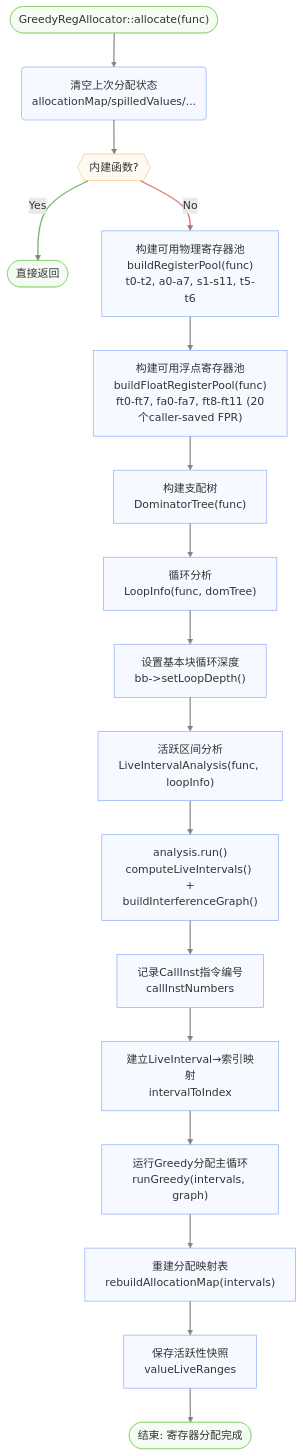
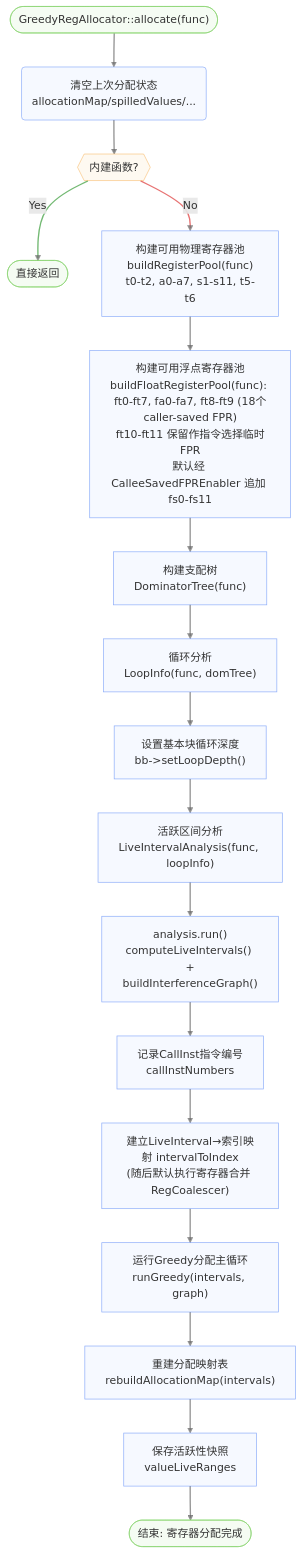
The first of 7 diagrams in docs/backend-regalloc.md (LLLLLLLLazy/compiler-lite), drawn with Mermaid before and after one commit. The commit also changed other lines of this file and 9 other files, not shown here.

````diff
--- a/docs/backend-regalloc.md
+++ b/docs/backend-regalloc.md
@@ -5,37 +5,37 @@
 ```mermaid
 flowchart TD
     Start(["GreedyRegAllocator::allocate(func)"]) --> Clear("清空上次分配状态<br>allocationMap/spilledValues/...")
 
     Clear --> BuiltinCheck{{"内建函数?"}}
     BuiltinCheck -- "Yes" --> Return(["直接返回"])
     BuiltinCheck -- "No" --> BuildPool["构建可用物理寄存器池<br>buildRegisterPool(func)<br>t0-t2, a0-a7, s1-s11, t5-t6"]
 
-    BuildPool --> BuildFloatPool["构建可用浮点寄存器池<br>buildFloatRegisterPool(func)<br>ft0-ft7, fa0-fa7, ft8-ft11 (20个caller-saved FPR)"]
+    BuildPool --> BuildFloatPool["构建可用浮点寄存器池<br>buildFloatRegisterPool(func): ft0-ft7, fa0-fa7, ft8-ft9 (18个caller-saved FPR)<br>ft10-ft11 保留作指令选择临时FPR<br>默认经 CalleeSavedFPREnabler 追加 fs0-fs11"]
     BuildFloatPool --> DomTree["构建支配树<br>DominatorTree(func)"]
     DomTree --> LoopInfo["循环分析<br>LoopInfo(func, domTree)"]
     LoopInfo --> SetDepth["设置基本块循环深度<br>bb->setLoopDepth()"]
 
     SetDepth --> LIA["活跃区间分析<br>LiveIntervalAnalysis(func, loopInfo)"]
     LIA --> LIARun["analysis.run()<br>computeLiveIntervals() +<br>buildInterferenceGraph()"]
     LIARun --> RecordCall["记录CallInst指令编号<br>callInstNumbers"]
-    RecordCall --> BuildIndex["建立LiveInterval→索引映射<br>intervalToIndex"]
+    RecordCall --> BuildIndex["建立LiveInterval→索引映射 intervalToIndex<br>(随后默认执行寄存器合并 RegCoalescer)"]
 
     BuildIndex --> RunGreedy["运行Greedy分配主循环<br>runGreedy(intervals, graph)"]
     RunGreedy --> Rebuild["重建分配映射表<br>rebuildAllocationMap(intervals)"]
     Rebuild --> SaveLive["保存活跃性快照<br>valueLiveRanges"]
     SaveLive --> End(["结束: 寄存器分配完成"])
 
     %%Node styles
     classDef default fill:#E2EAFE4F,stroke:#5A88F6AF
     classDef endNode fill:#DDF4D84F,stroke:#7DCF62AF
     classDef decisionNode fill:#FCEBD34f,stroke:#F6AA4BAF
 
     %%Link styles
     linkStyle default stroke:#666666AF,stroke-width:2px
     linkStyle 2 stroke:#339933AF,stroke-width:2px
     linkStyle 3 stroke:#DD3333AF,stroke-width:2px
 
     %%Node classes
     class Start,End,Return endNode
     class BuiltinCheck decisionNode
 ```
````
